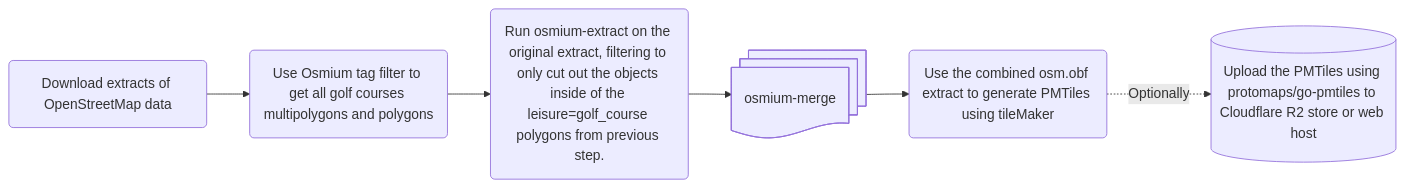
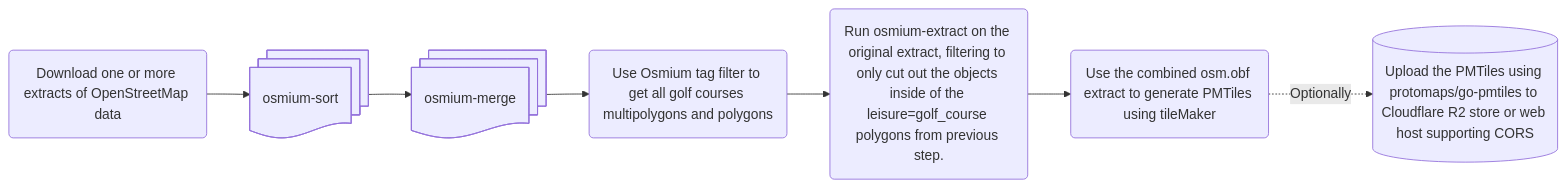
One commit to HuggeK/golfTiles changed the diagram in README.md. Above: the diagram before and after it, drawn with Mermaid. The commit also changed other lines of this file and 6 other files, not shown here.

Commit message:
Updated graphics, removed some verbose options, changed lua Integer checking, now requires lua 5.3+. Added samples and added tee key.

````diff
--- a/README.md
+++ b/README.md
@@ -31,10 +31,10 @@
 ```mermaid
 flowchart LR
-   download(Download extracts of OpenStreetMap data) --> tagfilter(Use Osmium tag filter to get all golf courses multipolygons and polygons) --> osmiumGeographicExtract(Run osmium-extract on the original extract, filtering to only cut out the objects inside of the leisure=golf_course polygons from previous step.) --> osmium-merge@{shape: docs, label:"Use osmium-merge to combine the extracts"} --> tilemaker(Use the combined osm.obf extract to generate PMTiles using tileMaker) -. Optionally .-> upload[(Upload the PMTiles using protomaps/go-pmtiles to Cloudflare R2 store or web host)]
+   download(Download one or more extracts of OpenStreetMap data) --> osmium-sort@{shape: docs, label:"Use osmium sort to sort all files inside of data/"} --> osmium-merge@{shape: docs, label:"Use osmium-merge to combine the extracts"} --> tagfilter(Use Osmium tag filter to get all golf courses multipolygons and polygons) --> osmiumGeographicExtract(Run osmium-extract on the original extract, filtering to only cut out the objects inside of the leisure=golf_course polygons from previous step.) --> tilemaker(Use the combined osm.obf extract to generate PMTiles using tileMaker) -. Optionally .-> upload[(Upload the PMTiles using protomaps/go-pmtiles to Cloudflare R2 store or web host supporting CORS)]
 click download "https://switch2osm.org/serving-tiles/#System-requirements"
 click tagfilter "https://docs.osmcode.org/osmium/latest/osmium-tags-filter.html"
 click osmiumGeographicExtract "https://docs.osmcode.org/osmium/latest/osmium-extract.html"
 click osmium-merge "https://docs.osmcode.org/osmium/latest/osmium-merge.html"
 click tilemaker "https://github.com/systemed/tilemaker"
 click upload "https://docs.protomaps.com/pmtiles/cloud-storage"
 ```
````
